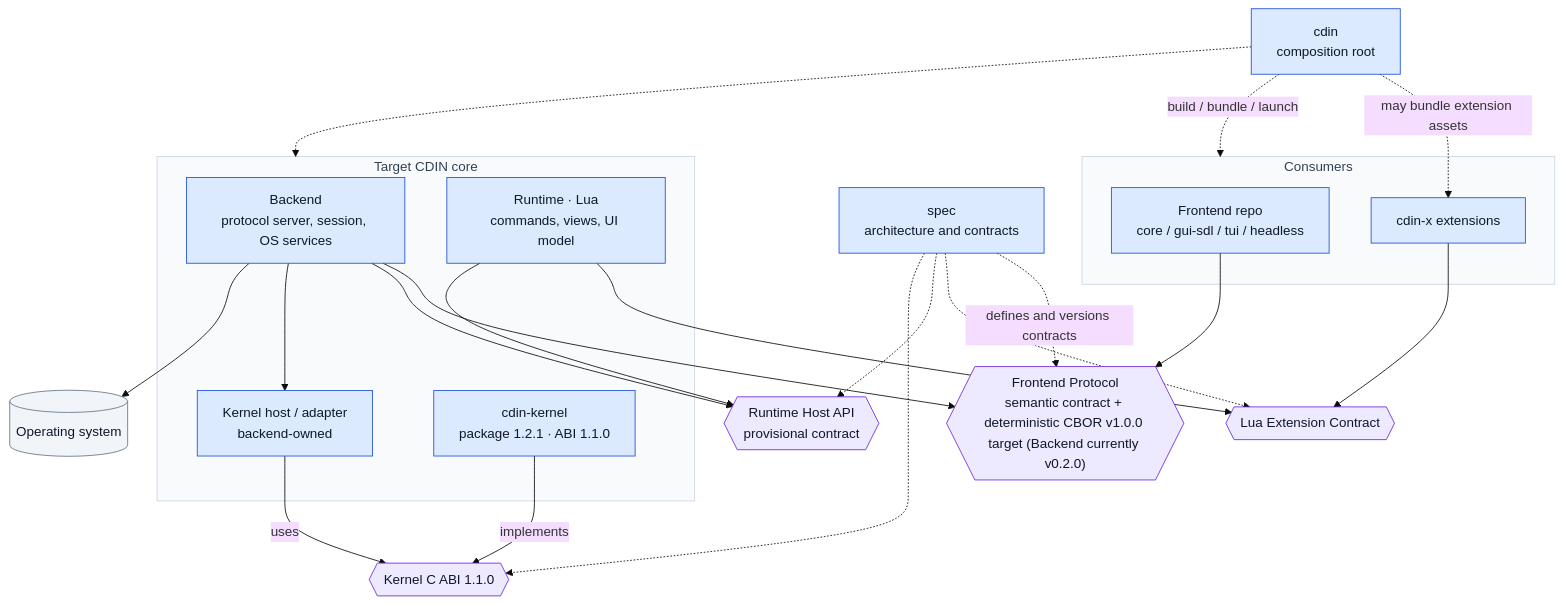
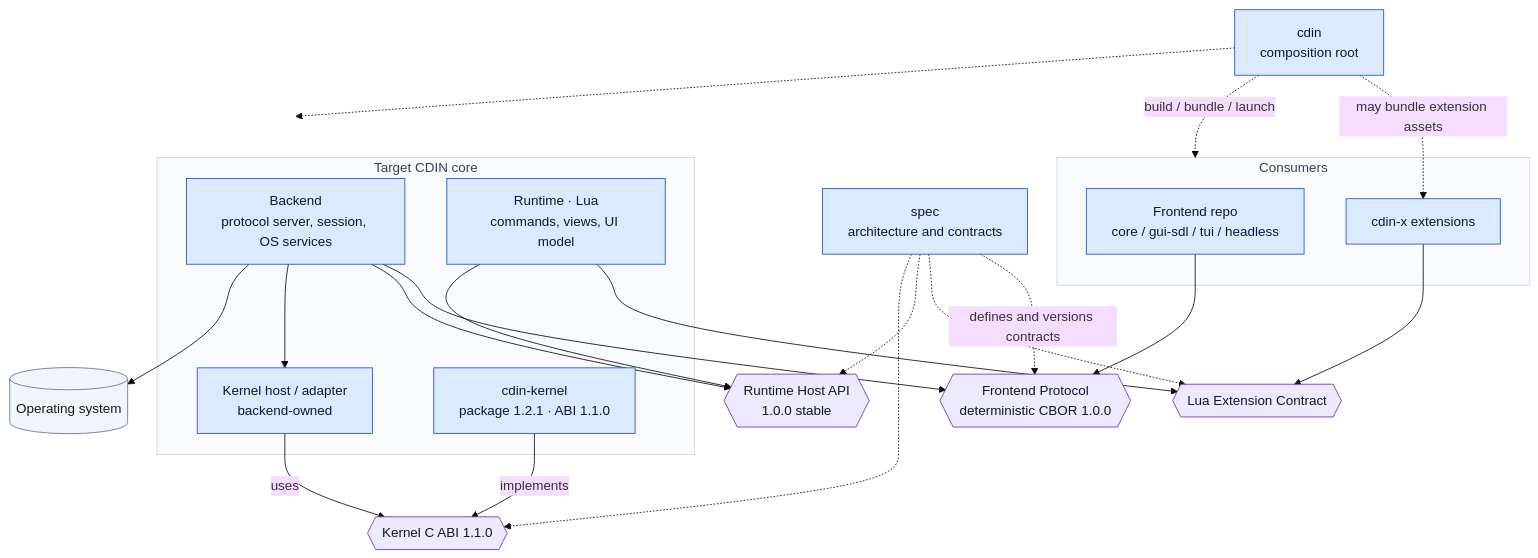
Before and after one commit to cdin-editor/spec: the diagram in docs/architecture/module-boundaries.md, drawn with Mermaid (base theme). The commit also changed other lines of this file, not shown here.

Commit message:
docs(architecture): align module boundaries with stable APIs

````diff
--- a/docs/architecture/module-boundaries.md
+++ b/docs/architecture/module-boundaries.md
@@ -9,51 +9,51 @@
 ```mermaid
 flowchart TB
     ROOT["cdin<br/>composition root"]
     SPEC["spec<br/>architecture and contracts"]
 
     subgraph CONSUMERS["Consumers"]
         FE["Frontend repo<br/>core / gui-sdl / tui / headless"]
         X["cdin-x extensions"]
     end
 
-    FP{{"Frontend Protocol<br/>semantic contract + deterministic CBOR v1.0.0 target (Backend currently v0.2.0)"}}
+    FP{{"Frontend Protocol<br/>deterministic CBOR 1.0.0"}}
     EXT{{"Lua Extension Contract"}}
-    RHA{{"Runtime Host API<br/>provisional contract"}}
+    RHA{{"Runtime Host API<br/>1.0.0 stable"}}
     ABI{{"Kernel C ABI 1.1.0"}}
 
     subgraph CORE["Target CDIN core"]
         BE["Backend<br/>protocol server, session, OS services"]
         RT["Runtime · Lua<br/>commands, views, UI model"]
         KH["Kernel host / adapter<br/>backend-owned"]
         K["cdin-kernel<br/>package 1.2.1 · ABI 1.1.0"]
     end
     OS[("Operating system")]
 
     FE --> FP
     BE --> FP
     X --> EXT
     RT --> EXT
     RT --> RHA
     BE --> RHA
     BE --> KH
     KH -- "uses" --> ABI
     K -- "implements" --> ABI
     BE --> OS
 
     ROOT -. "build / bundle / launch" .-> CONSUMERS
     ROOT -.-> CORE
     ROOT -. "may bundle extension assets" .-> X
     SPEC -. "defines and versions contracts" .-> FP
     SPEC -.-> EXT
     SPEC -.-> RHA
     SPEC -.-> ABI
 
     classDef comp fill:#dbeafe,stroke:#1d4ed8,color:#0f172a
     classDef contract fill:#ede9fe,stroke:#6d28d9,color:#0f172a
     classDef external fill:#f1f5f9,stroke:#64748b,color:#0f172a
     classDef group fill:#f8fafc,stroke:#cbd5e1,color:#334155
     class ROOT,SPEC,FE,X,BE,RT,KH,K comp
     class FP,EXT,RHA,ABI contract
     class OS external
     class CORE,CONSUMERS group
 ```
````
